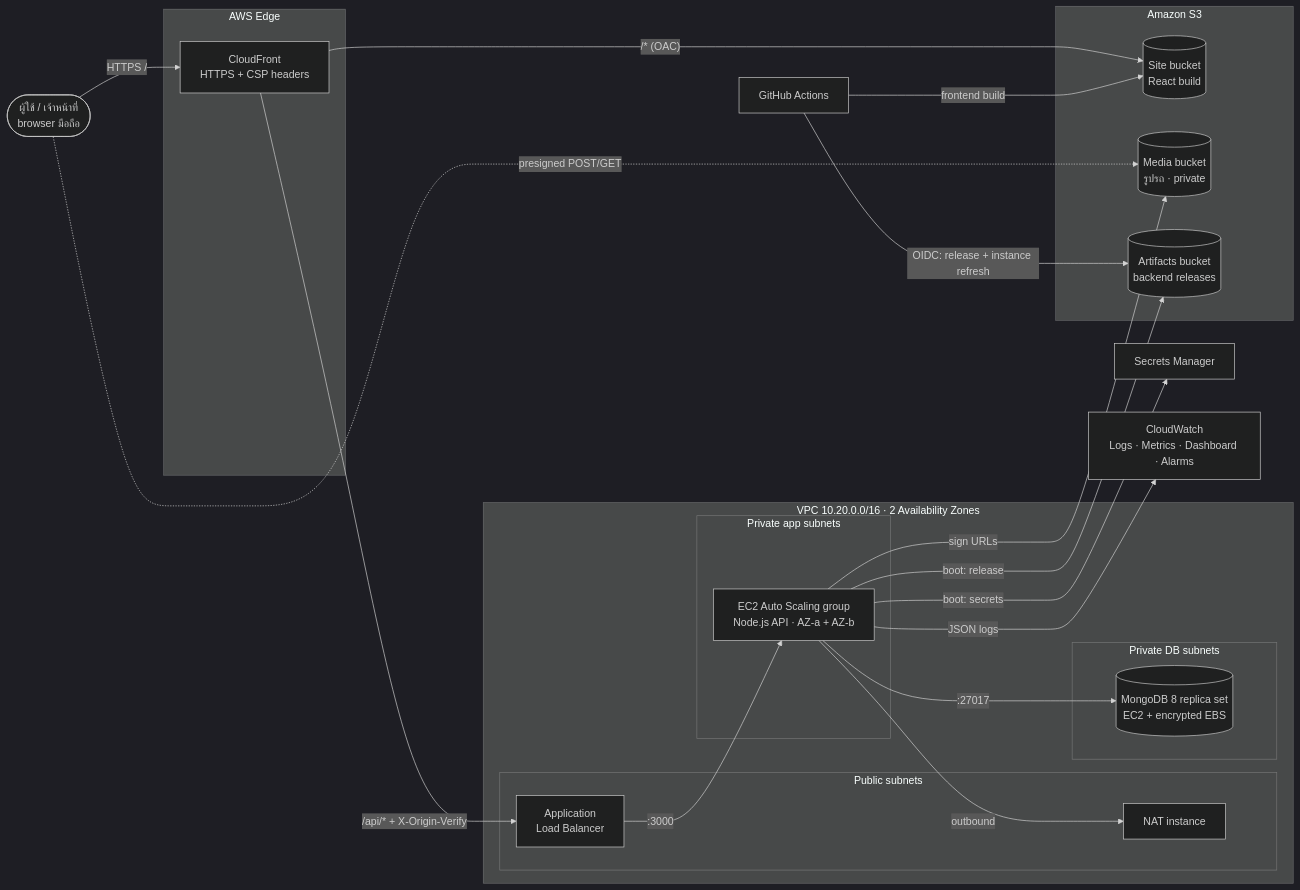
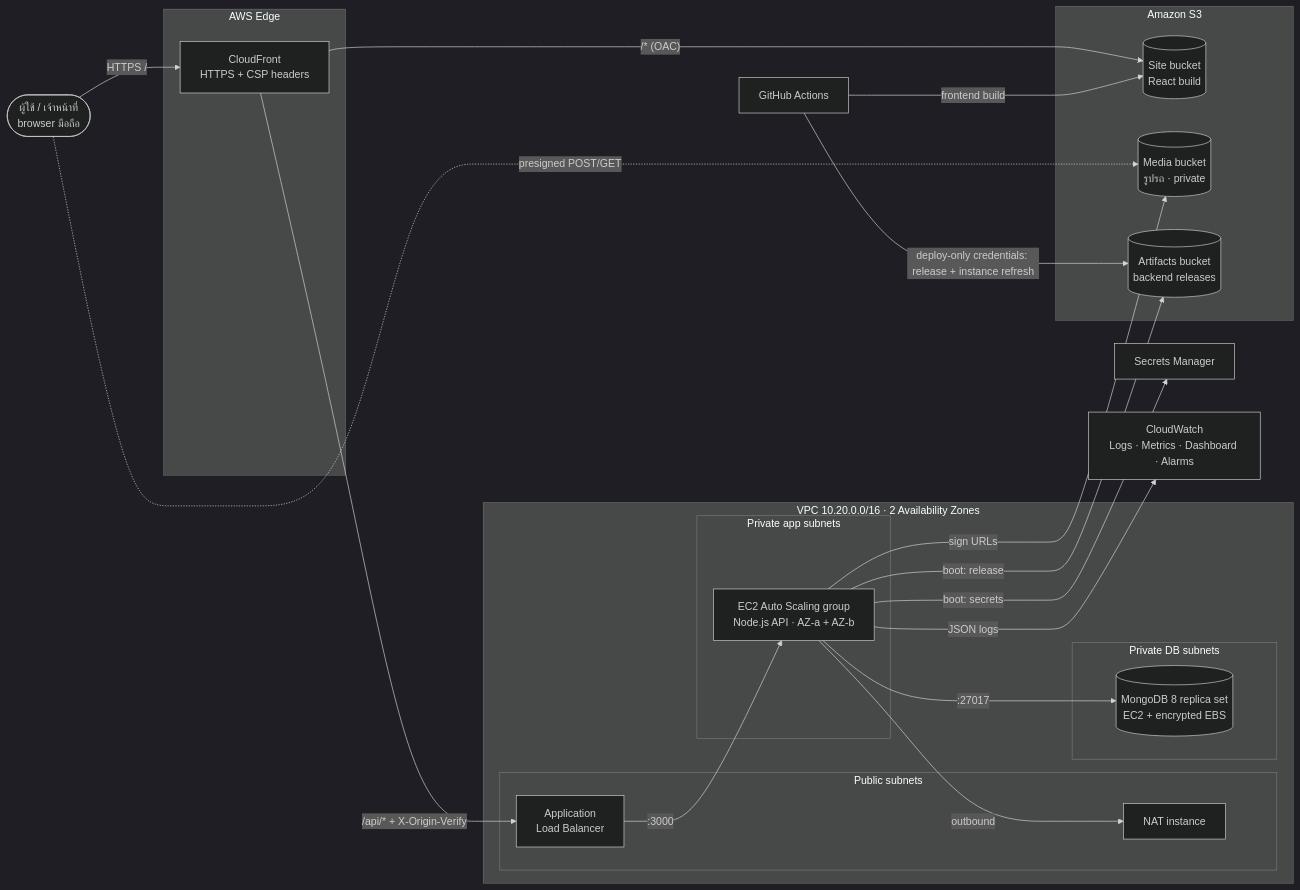
The diagram in infra/README.md (hhonn/SciPark_System), drawn with Mermaid (dark theme) before and after one commit. The commit also changed other lines of this file and 5 other files, not shown here.

Commit message:
Support access-key deploy credentials where SCP blocks OIDC

````diff
--- a/infra/README.md
+++ b/infra/README.md
@@ -9,45 +9,45 @@
 ```mermaid
 flowchart LR
   user([ผู้ใช้ / เจ้าหน้าที่<br/>browser มือถือ])
 
   subgraph edge[AWS Edge]
     cf[CloudFront<br/>HTTPS + CSP headers]
   end
 
   subgraph s3[Amazon S3]
     site[(Site bucket<br/>React build)]
     media[(Media bucket<br/>รูปรถ · private)]
     art[(Artifacts bucket<br/>backend releases)]
   end
 
   subgraph vpc[VPC 10.20.0.0/16 · 2 Availability Zones]
     subgraph pub[Public subnets]
       alb[Application<br/>Load Balancer]
       nat[NAT instance]
     end
     subgraph app[Private app subnets]
       asg[EC2 Auto Scaling group<br/>Node.js API · AZ-a + AZ-b]
     end
     subgraph db[Private DB subnets]
       mongo[(MongoDB 8 replica set<br/>EC2 + encrypted EBS)]
     end
   end
 
   sm[Secrets Manager]
   cw[CloudWatch<br/>Logs · Metrics · Dashboard · Alarms]
   gh[GitHub Actions]
 
   user -- "HTTPS /" --> cf
   cf -- "/*  (OAC)" --> site
   cf -- "/api/*  + X-Origin-Verify" --> alb
   alb -- ":3000" --> asg
   asg -- ":27017" --> mongo
   user -. "presigned POST/GET" .-> media
   asg -- "sign URLs" --> media
   asg -- "boot: secrets" --> sm
   asg -- "boot: release" --> art
   asg -- "outbound" --> nat
   asg -- "JSON logs" --> cw
-  gh -- "OIDC: release + instance refresh" --> art
+  gh -- "deploy-only credentials: release + instance refresh" --> art
   gh -- "frontend build" --> site
 ```
````
